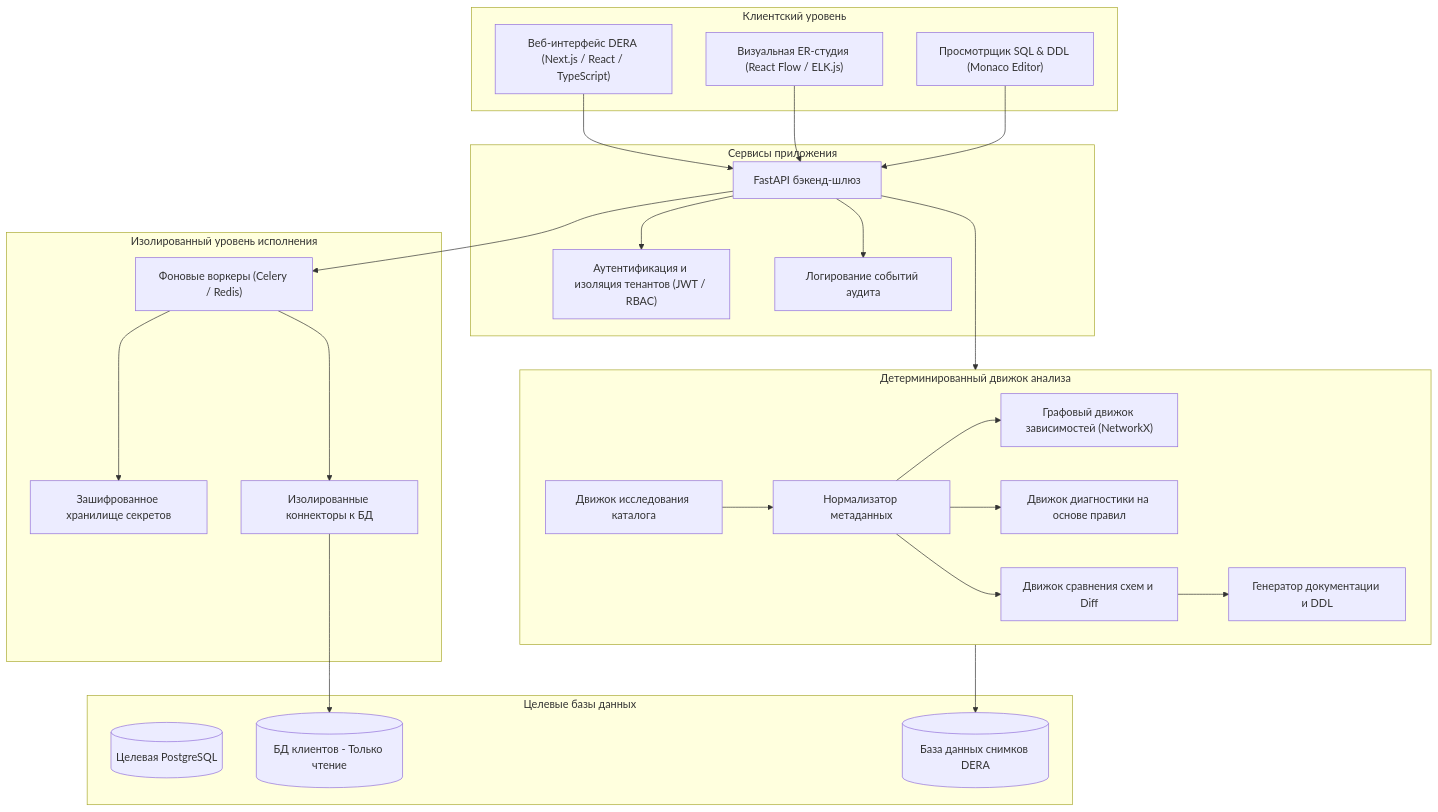
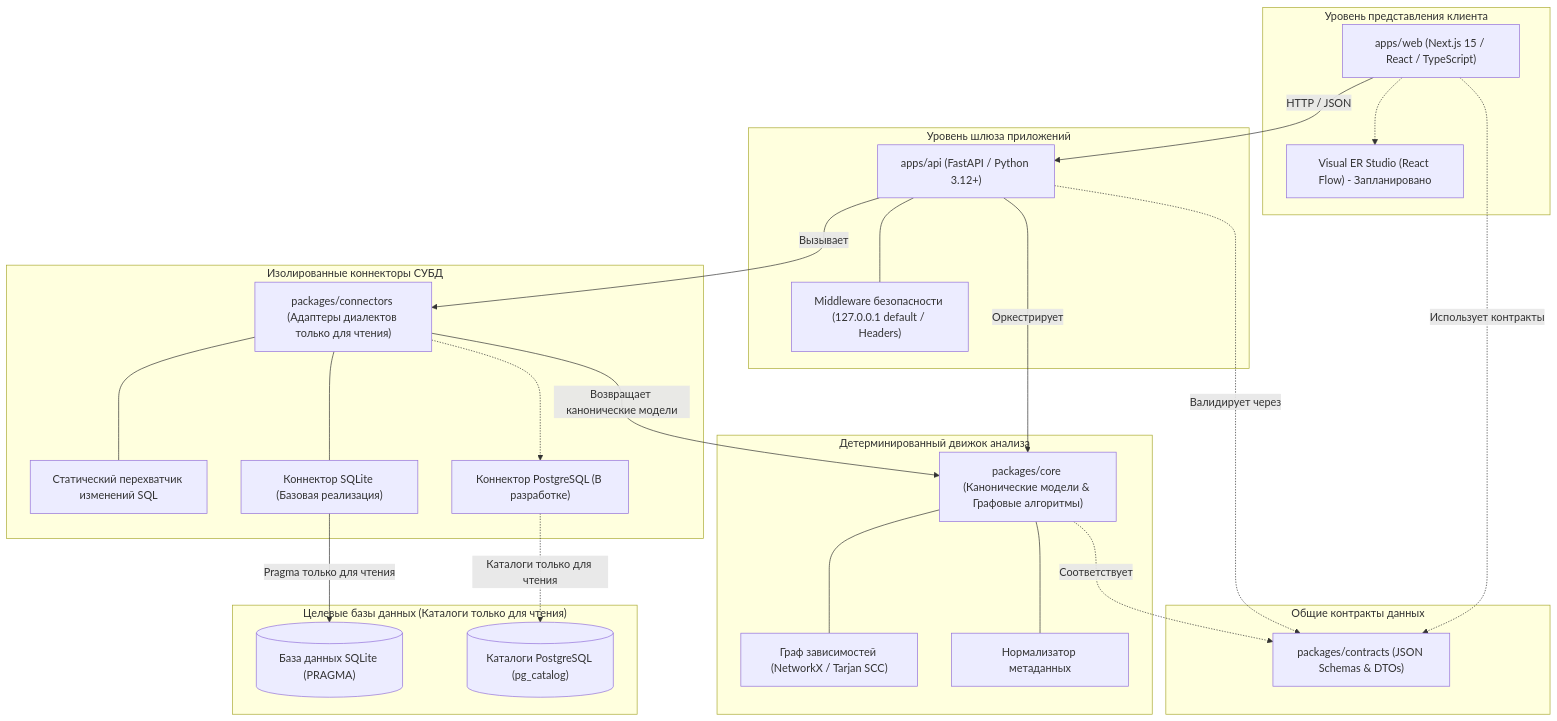
Before and after one commit to krishanth7/dera: the diagram in docs/i18n/README.ru.md, drawn with Mermaid. The commit also changed other lines of this file and 1 other file, not shown here.

````diff
--- a/docs/i18n/README.ru.md
+++ b/docs/i18n/README.ru.md
@@ -200,52 +148,51 @@
 ```mermaid
 flowchart TD
-    subgraph Client["Клиентский уровень"]
-        UI["Веб-интерфейс DERA (Next.js / React / TypeScript)"]
-        ERD["Визуальная ER-студия (React Flow / ELK.js)"]
-        Monaco["Просмотрщик SQL & DDL (Monaco Editor)"]
+    subgraph Client_Tier["Уровень представления клиента"]
+        WEB["apps/web (Next.js 15 / React / TypeScript)"]
+        STUDIO["Visual ER Studio (React Flow) - Запланировано"]
+        WEB -.-> STUDIO
     end
 
-    subgraph Gateway["Сервисы приложения"]
-        API["FastAPI бэкенд-шлюз"]
-        Auth["Аутентификация и изоляция тенантов (JWT / RBAC)"]
-        Audit["Логирование событий аудита"]
+    subgraph API_Tier["Уровень шлюза приложений"]
+        API["apps/api (FastAPI / Python 3.12+)"]
+        MW["Middleware безопасности (127.0.0.1 default / Headers)"]
+        API --- MW
     end
 
-    subgraph Core["Детерминированный движок анализа"]
-        Discovery["Движок исследования каталога"]
-        Normalizer["Нормализатор метаданных"]
-        GraphEngine["Графовый движок зависимостей (NetworkX)"]
-        DiagEngine["Движок диагностики на основе правил"]
-        DiffEngine["Движок сравнения схем и Diff"]
-        ExportEngine["Генератор документации и DDL"]
+    subgraph Contracts_Tier["Общие контракты данных"]
+        CONTRACTS["packages/contracts (JSON Schemas & DTOs)"]
     end
 
-    subgraph Worker["Изолированный уровень исполнения"]
-        Celery["Фоновые воркеры (Celery / Redis)"]
-        Vault["Зашифрованное хранилище секретов"]
-        Connectors["Изолированные коннекторы к БД"]
+    subgraph Core_Tier["Детерминированный движок анализа"]
+        CORE["packages/core (Канонические модели & Графовые алгоритмы)"]
+        DAG["Граф зависимостей (NetworkX / Tarjan SCC)"]
+        NORM["Нормализатор метаданных"]
+        CORE --- DAG
+        CORE --- NORM
     end
 
-    subgraph Databases["Целевые базы данных"]
-        PG[(Целевая PostgreSQL)]
-        CustomerDB[(БД клиентов - Только чтение)]
-        Storage[(База данных снимков DERA)]
+    subgraph Connectors_Tier["Изолированные коннекторы СУБД"]
+        CONN["packages/connectors (Адаптеры диалектов только для чтения)"]
+        GUARD["Статический перехватчик изменений SQL"]
+        SQLITE["Коннектор SQLite (Базовая реализация)"]
+        PG["Коннектор PostgreSQL (В разработке)"]
+        CONN --- GUARD
+        CONN --- SQLITE
+        CONN -.-> PG
     end
 
-    UI --> API
-    ERD --> API
-    Monaco --> API
-    API --> Auth
-    API --> Audit
-    API --> Core
-    API --> Celery
-    Celery --> Vault
-    Celery --> Connectors
-    Connectors --> CustomerDB
-    Core --> Storage
-    Discovery --> Normalizer
-    Normalizer --> GraphEngine
-    Normalizer --> DiagEngine
-    Normalizer --> DiffEngine
-    DiffEngine --> ExportEngine
+    subgraph Target_DBs["Целевые базы данных (Каталоги только для чтения)"]
+        TARGET_SQLITE[("База данных SQLite (PRAGMA)")]
+        TARGET_PG[("Каталоги PostgreSQL (pg_catalog)")]
+    end
+
+    WEB -->|HTTP / JSON| API
+    WEB -.->|Использует контракты| CONTRACTS
+    API -->|Оркестрирует| CORE
+    API -->|Вызывает| CONN
+    API -.->|Валидирует через| CONTRACTS
+    CORE -.->|Соответствует| CONTRACTS
+    CONN -->|Возвращает канонические модели| CORE
+    SQLITE -->|Pragma только для чтения| TARGET_SQLITE
+    PG -.->|Каталоги только для чтения| TARGET_PG
 ```
````
